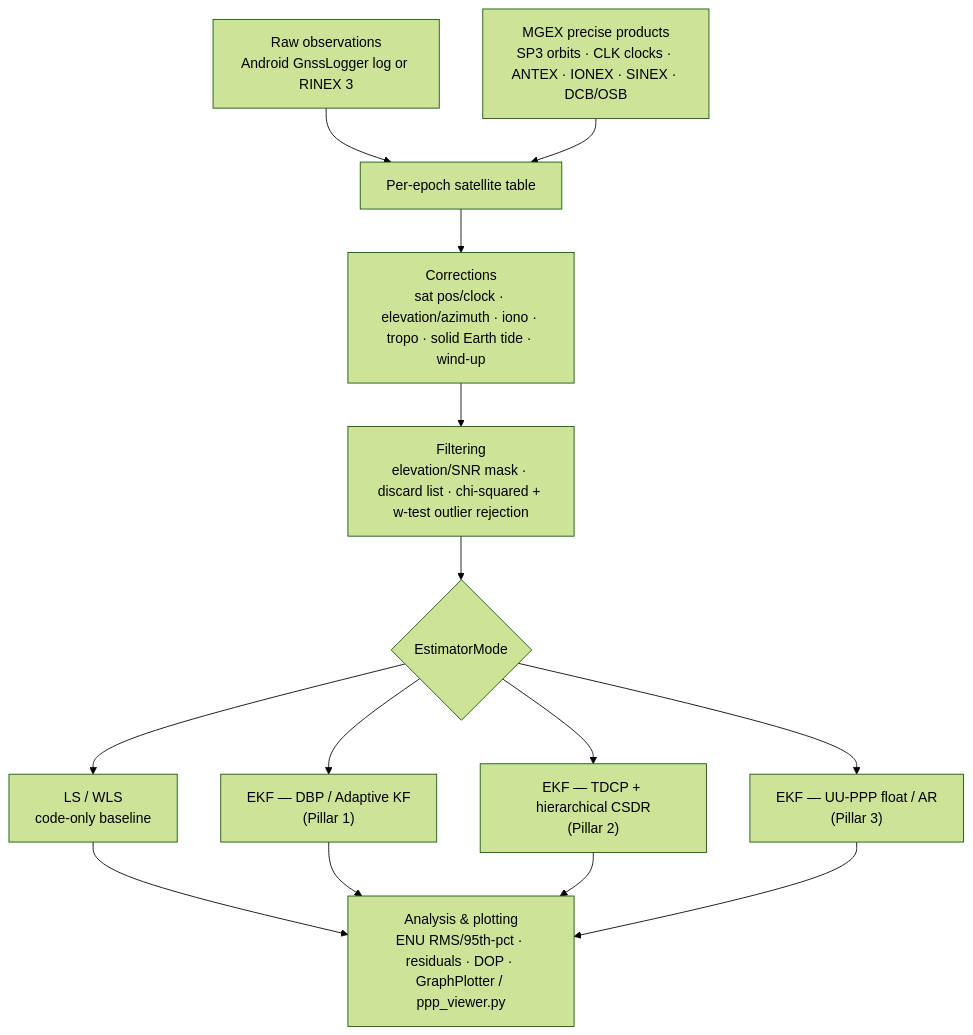
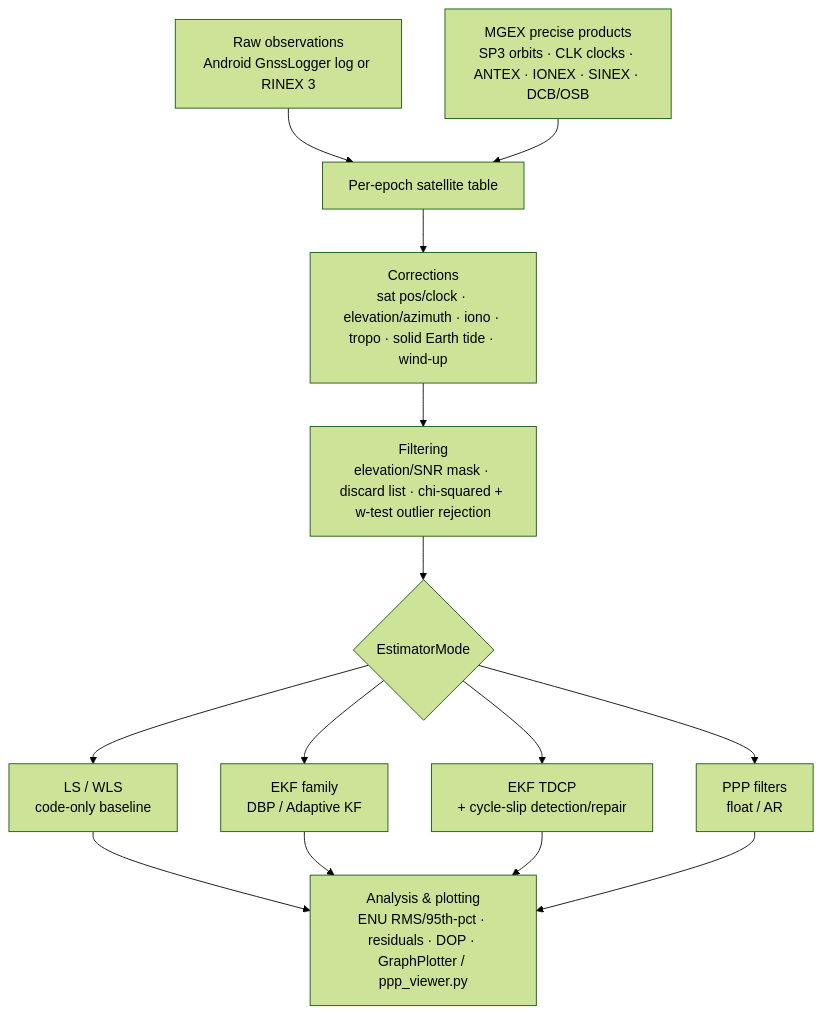
One commit to naman4u13/gnssAug changed the diagram in README.md. Above: the diagram before and after it, drawn with Mermaid (forest theme). The commit also changed other lines of this file and 85 other files, not shown here.

````diff
--- a/README.md
+++ b/README.md
@@ -32,16 +24,16 @@
 ```mermaid
 flowchart TD
     A[Raw observations<br/>Android GnssLogger log or RINEX 3] --> C[Per-epoch satellite table]
     B[MGEX precise products<br/>SP3 orbits · CLK clocks · ANTEX · IONEX · SINEX · DCB/OSB] --> C
     C --> D[Corrections<br/>sat pos/clock · elevation/azimuth · iono · tropo · solid Earth tide · wind-up]
     D --> E[Filtering<br/>elevation/SNR mask · discard list · chi-squared + w-test outlier rejection]
     E --> F{EstimatorMode}
     F --> G1[LS / WLS<br/>code-only baseline]
-    F --> G2["EKF — DBP / Adaptive KF<br/>(Pillar 1)"]
-    F --> G3["EKF — TDCP + hierarchical CSDR<br/>(Pillar 2)"]
-    F --> G4["EKF — UU-PPP float / AR<br/>(Pillar 3)"]
+    F --> G2[EKF family<br/>DBP / Adaptive KF]
+    F --> G3[EKF TDCP<br/>+ cycle-slip detection/repair]
+    F --> G4[PPP filters<br/>float / AR]
     G1 --> H[Analysis & plotting<br/>ENU RMS/95th-pct · residuals · DOP · GraphPlotter / ppp_viewer.py]
     G2 --> H
     G3 --> H
     G4 --> H
 ```
````
